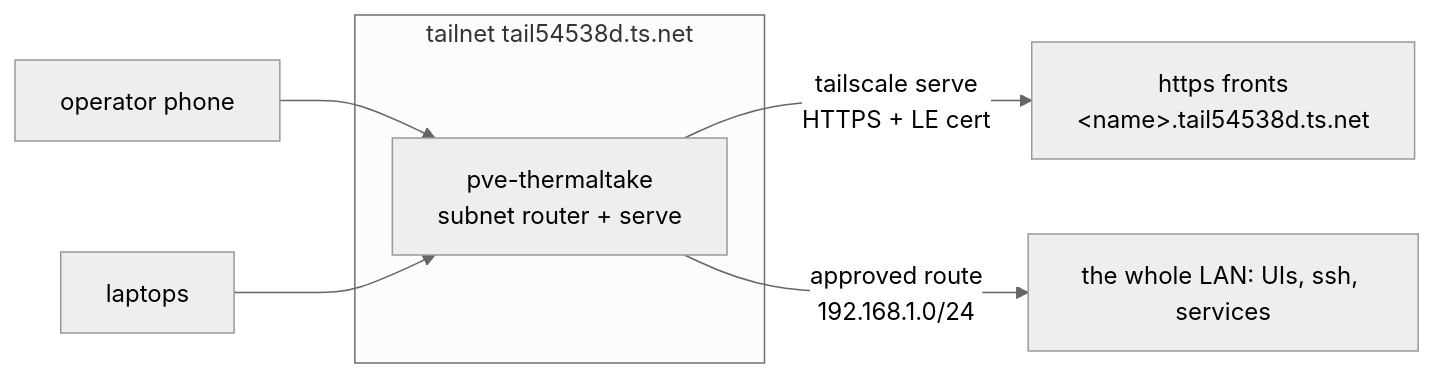
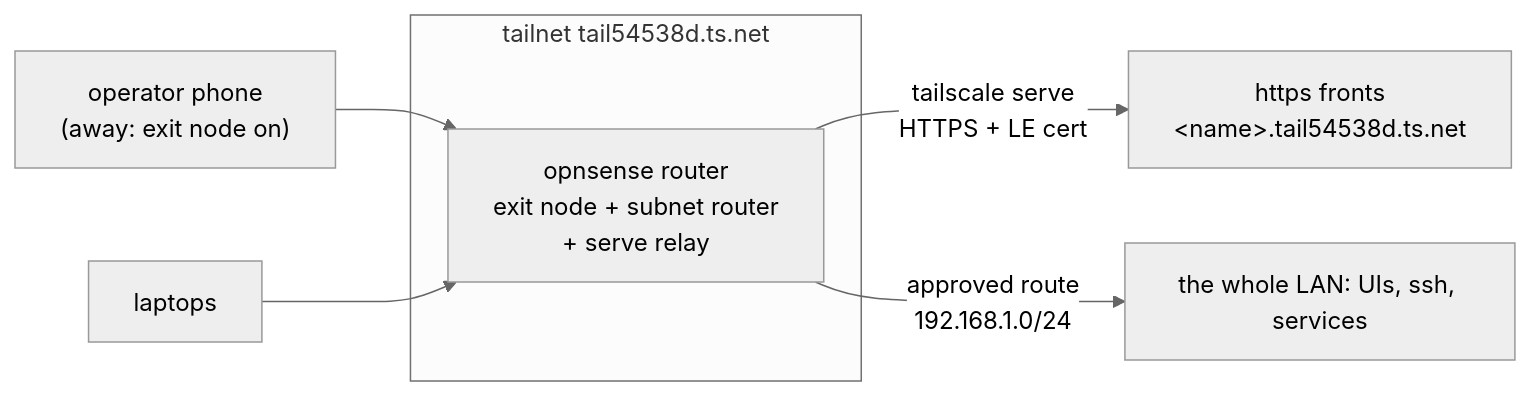
One commit to funkybooboo/homelab changed the second of 2 diagrams in docs/network.md. Above: the diagram before and after it, drawn with Mermaid (neutral theme). The commit also changed other lines of this file and 17 other files, not shown here.

````diff
--- a/docs/network.md
+++ b/docs/network.md
@@ -38,10 +38,10 @@
 ```mermaid
 flowchart LR
-    PHONE["operator phone"] --> SR
+    PHONE["operator phone<br/>(away: exit node on)"] --> SR
     LAP["laptops"] --> SR
     subgraph TAILNET["tailnet tail54538d.ts.net"]
-        SR["pve-thermaltake<br/>subnet router + serve"]
+        SR["opnsense router<br/>exit node + subnet router<br/>+ serve relay"]
     end
     SR -- "tailscale serve<br/>HTTPS + LE cert" --> PVEUI["https fronts<br/>&lt;name&gt;.tail54538d.ts.net"]
     SR -- "approved route<br/>192.168.1.0/24" --> LAN["the whole LAN: UIs, ssh, services"]
 ```
````
